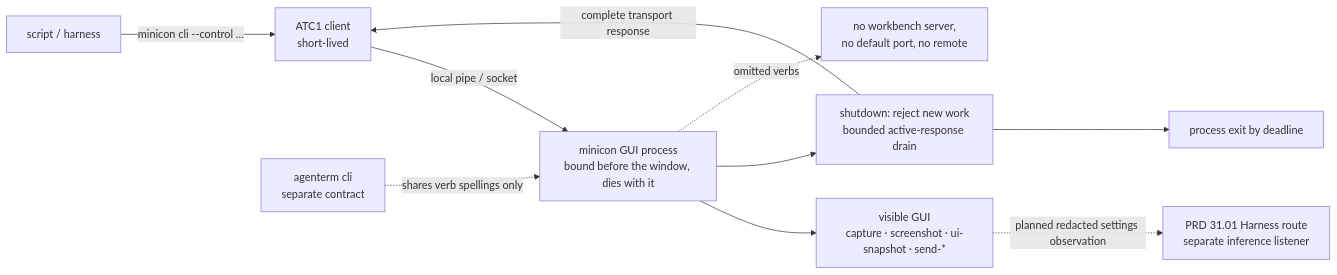
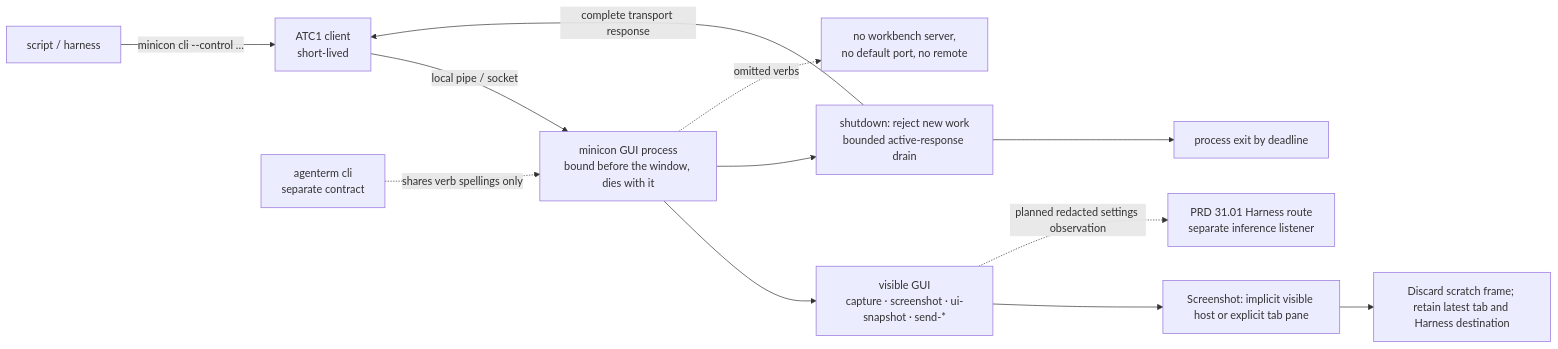
One commit to partnernetsoftware/minicon changed the diagram in prd/PRD_02_26_con_control_cli.md. Above: the diagram before and after it, drawn with Mermaid. The commit also changed other lines of this file and 34 other files, not shown here.

````diff
--- a/prd/PRD_02_26_con_control_cli.md
+++ b/prd/PRD_02_26_con_control_cli.md
@@ -27,12 +28,14 @@
 ```mermaid
 flowchart LR
     S["script / harness"] -->|"minicon cli --control …"| C["ATC1 client<br/>short-lived"]
     C -->|local pipe / socket| H["minicon GUI process<br/>bound before the window, dies with it"]
     H --> V["visible GUI<br/>capture · screenshot · ui-snapshot · send-*"]
+    V --> SH["Screenshot: implicit visible host or explicit tab pane"]
+    SH --> RESTORE["Discard scratch frame; retain latest tab and Harness destination"]
     V -. planned redacted settings observation .-> G["PRD 31.01 Harness route<br/>separate inference listener"]
     H --> D["shutdown: reject new work<br/>bounded active-response drain"]
     D -->|"complete transport response"| C
     D --> E["process exit by deadline"]
     H -. omitted verbs .-> X["no workbench server,<br/>no default port, no remote"]
     AW["agenterm cli<br/>separate contract"] -. shares verb spellings only .-> H
 ```
````
